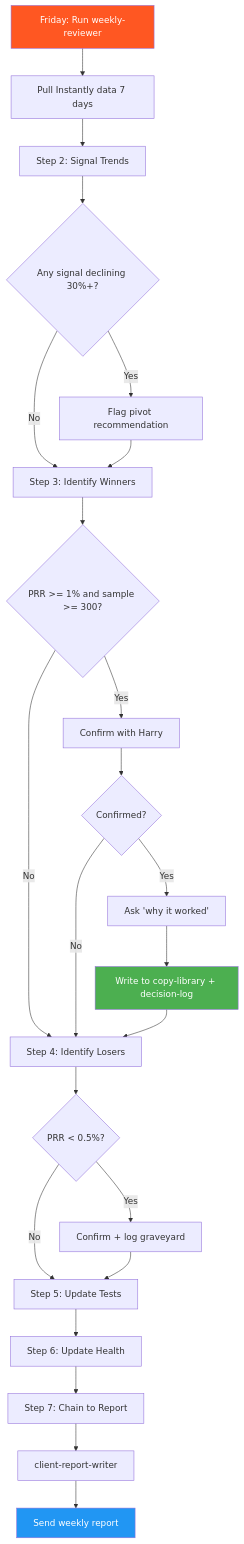
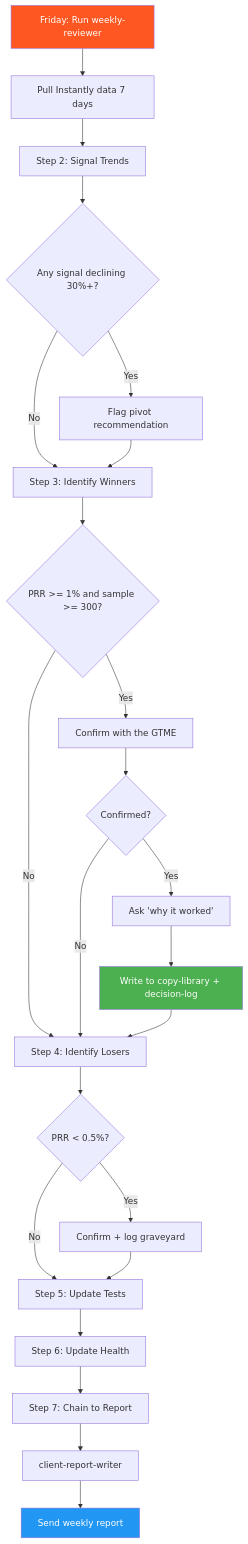
Before and after one commit to harryrawles/GTM-Engineer-OS: the third of 8 diagrams in wiki/diagrams.md, drawn with Mermaid. The commit also changed other lines of this file and 72 other files, not shown here.

````diff
--- a/wiki/diagrams.md
+++ b/wiki/diagrams.md
@@ -71,29 +71,29 @@
 ```mermaid
 flowchart TD
     A[Friday: Run weekly-reviewer] --> B[Pull Instantly data 7 days]
     B --> C[Step 2: Signal Trends]
     C --> D{Any signal declining 30%+?}
     D -->|Yes| E[Flag pivot recommendation]
     D -->|No| F[Step 3: Identify Winners]
     E --> F
     F --> G{PRR >= 1% and sample >= 300?}
-    G -->|Yes| H[Confirm with Harry]
+    G -->|Yes| H[Confirm with the GTME]
     G -->|No| I[Step 4: Identify Losers]
     H --> J{Confirmed?}
     J -->|Yes| K[Ask 'why it worked']
     J -->|No| I
     K --> L[Write to copy-library + decision-log]
     L --> I
     I --> M{PRR < 0.5%?}
     M -->|Yes| N[Confirm + log graveyard]
     M -->|No| O[Step 5: Update Tests]
     N --> O
     O --> P[Step 6: Update Health]
     P --> Q[Step 7: Chain to Report]
     Q --> R[client-report-writer]
     R --> S[Send weekly report]
 
     style A fill:#FF5722,color:#fff
     style L fill:#4CAF50,color:#fff
     style S fill:#2196F3,color:#fff
 ```
````
